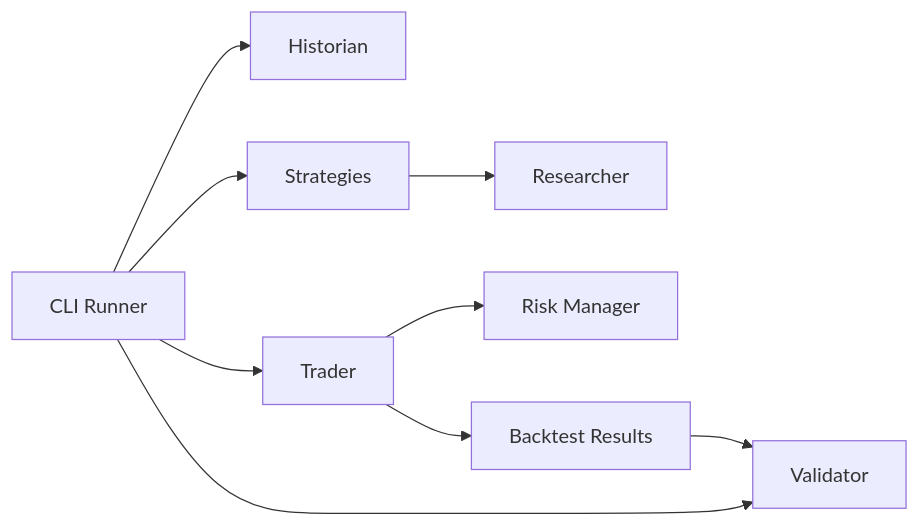
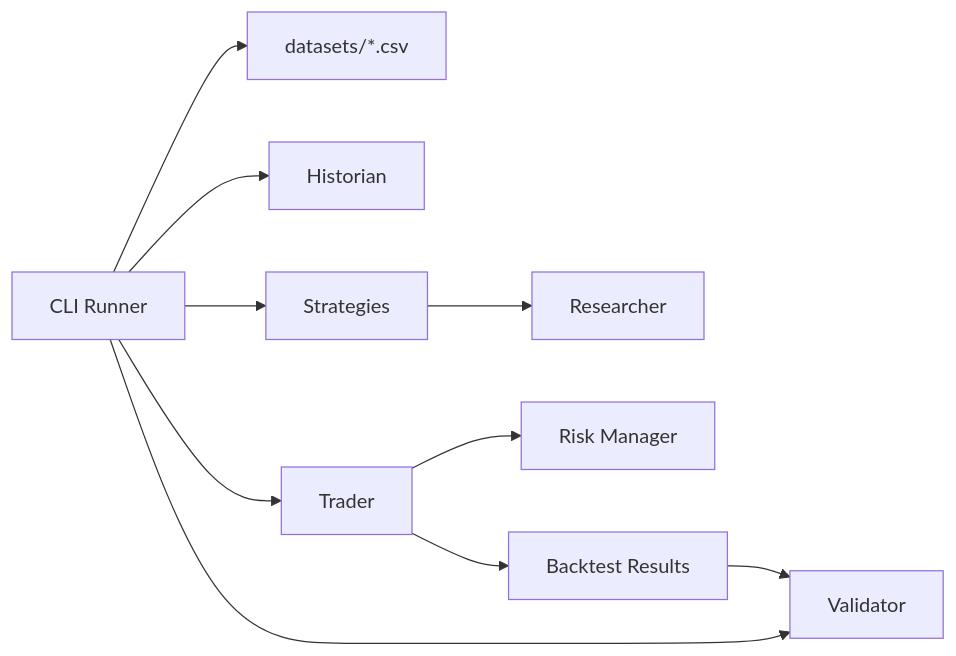
One commit to lumenXV/PTB-1 changed the diagram in ARCHITECTURE.md. Above: the diagram before and after it, drawn with Mermaid. The commit also changed other lines of this file, not shown here.

Commit message:
Document dataset engine architecture

````diff
--- a/ARCHITECTURE.md
+++ b/ARCHITECTURE.md
@@ -13,11 +13,12 @@
 ```mermaid
 flowchart LR
-    CLI["CLI Runner"] --> Historian["Historian"]
+    CLI["CLI Runner"] --> DatasetFiles["datasets/*.csv"]
+    CLI --> Historian["Historian"]
     CLI --> Strategies["Strategies"]
     Strategies --> Researcher["Researcher"]
     CLI --> Trader["Trader"]
     Trader --> RiskManager["Risk Manager"]
     Trader --> Result["Backtest Results"]
     CLI --> Validator["Validator"]
     Result --> Validator
 ```
````
